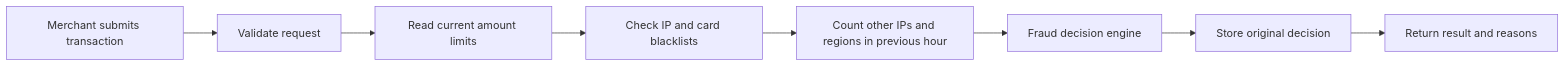
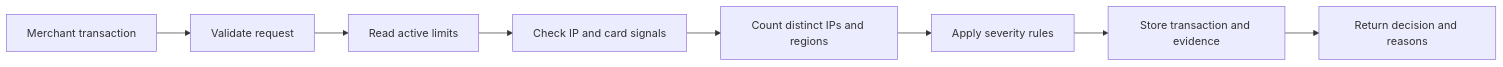
The second of 3 diagrams in README.md (adhambatlouni/anti-fraud-system), drawn with Mermaid before and after one commit. The commit also changed other lines of this file, not shown here.

````diff
--- a/README.md
+++ b/README.md
@@ -52,10 +117,10 @@
 ```mermaid
 flowchart LR
-    A[Merchant submits transaction] --> B[Validate request]
-    B --> C[Read current amount limits]
-    C --> D[Check IP and card blacklists]
-    D --> E[Count other IPs and regions in previous hour]
-    E --> F[Fraud decision engine]
-    F --> G[Store original decision]
-    G --> H[Return result and reasons]
+    Request[Merchant transaction] --> Validate[Validate request]
+    Validate --> Limits[Read active limits]
+    Limits --> Blacklists[Check IP and card signals]
+    Blacklists --> Correlation[Count distinct IPs and regions]
+    Correlation --> Engine[Apply severity rules]
+    Engine --> Snapshot[Store transaction and evidence]
+    Snapshot --> Response[Return decision and reasons]
 ```
````
